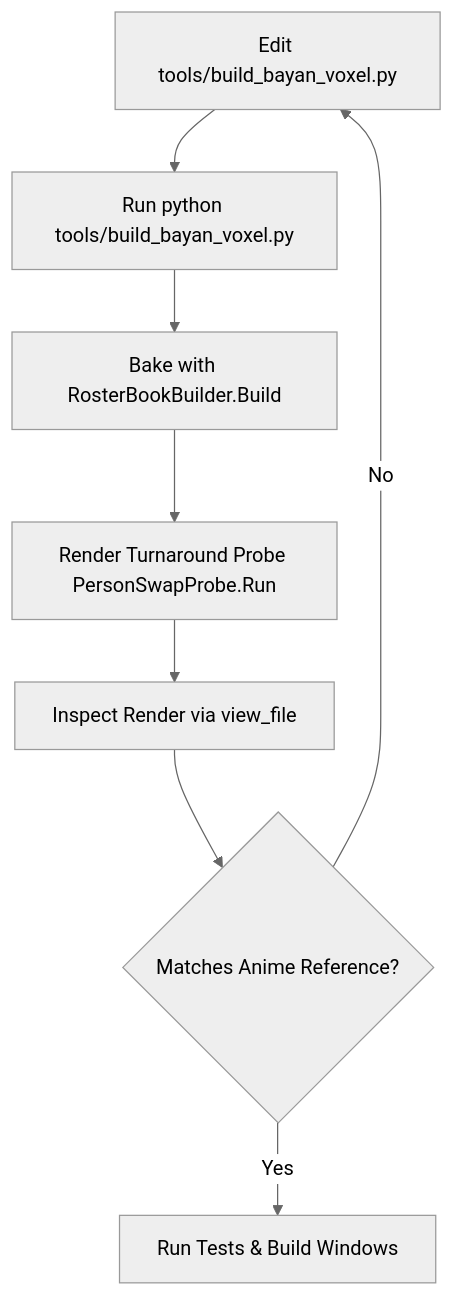
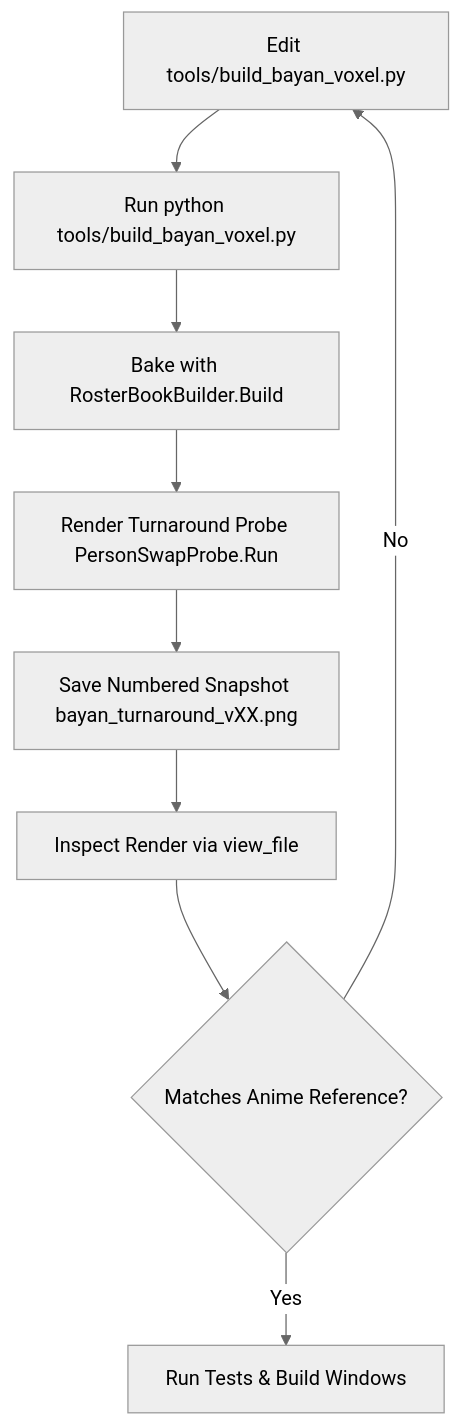
One commit to DOST-GameDEV/TumbangPreso-Unity changed the diagram in docs/character_bayan_reference.md. Above: the diagram before and after it, drawn with Mermaid (neutral theme). The commit also changed other lines of this file and 2 other files, not shown here.

Commit message:
Refine Bayan V22: sharp anime heterochromia eyes, stoic warrior expression, tapered bare arm, and curved Otsutsuki horn

````diff
--- a/docs/character_bayan_reference.md
+++ b/docs/character_bayan_reference.md
@@ -56,10 +59,11 @@
 ```mermaid
 graph TD
     A[Edit tools/build_bayan_voxel.py] --> B[Run python tools/build_bayan_voxel.py]
     B --> C[Bake with RosterBookBuilder.Build]
     C --> D[Render Turnaround Probe PersonSwapProbe.Run]
-    D --> E[Inspect Render via view_file]
-    E --> F{Matches Anime Reference?}
-    F -- No --> A
-    F -- Yes --> G[Run Tests & Build Windows]
+    D --> E[Save Numbered Snapshot bayan_turnaround_vXX.png]
+    E --> F[Inspect Render via view_file]
+    F --> G{Matches Anime Reference?}
+    G -- No --> A
+    G -- Yes --> H[Run Tests & Build Windows]
 ```
````
